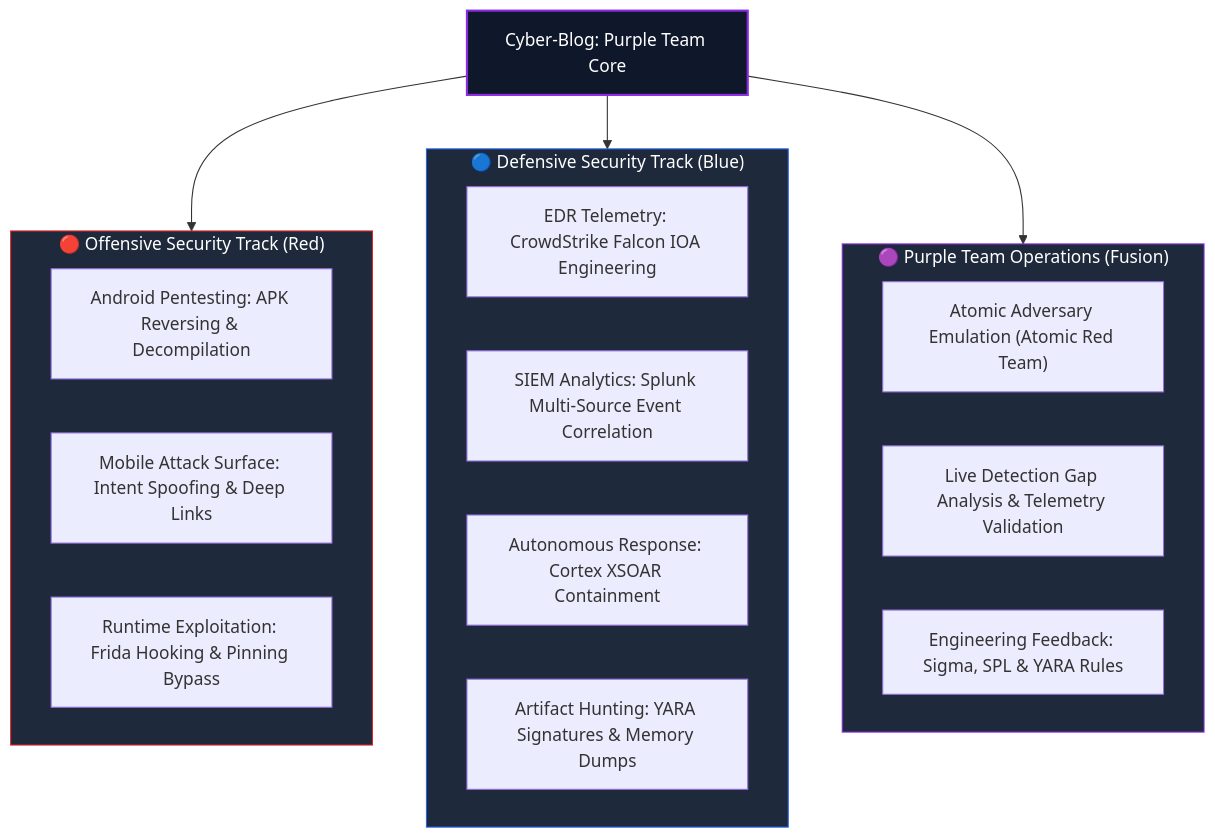
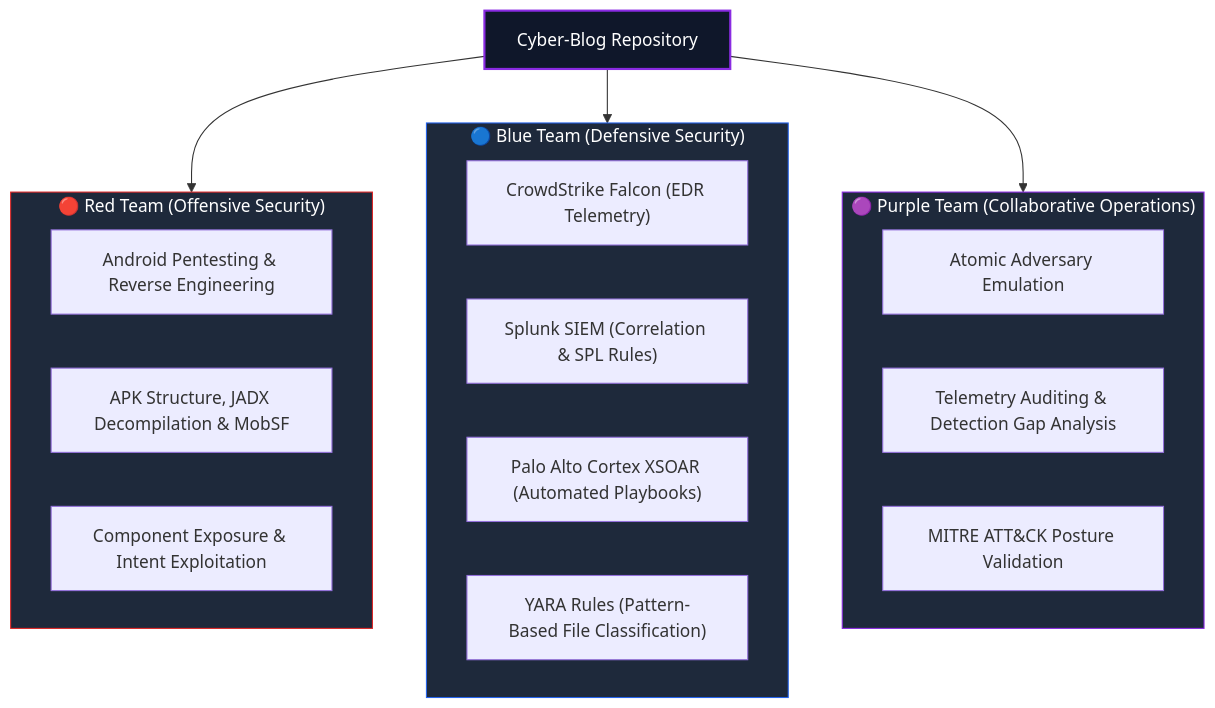
Before and after one commit to sivaoffl04/Cyber-Blog: the diagram in README.md, drawn with Mermaid. The commit also changed other lines of this file, not shown here.

Commit message:
Update README title to Cyber-Blog and format module links

````diff
--- a/README.md
+++ b/README.md
@@ -42,32 +44,32 @@
 ```mermaid
 flowchart TD
-    Nexus["Cyber-Blog: Purple Team Core"]
+    Repo["Cyber-Blog Repository"]
 
-    subgraph Offense["🔴 Offensive Security Track (Red)"]
-        O1["Android Pentesting: APK Reversing & Decompilation"]
-        O2["Mobile Attack Surface: Intent Spoofing & Deep Links"]
-        O3["Runtime Exploitation: Frida Hooking & Pinning Bypass"]
+    subgraph Offense["🔴 Red Team (Offensive Security)"]
+        O1["Android Pentesting & Reverse Engineering"]
+        O2["APK Structure, JADX Decompilation & MobSF"]
+        O3["Component Exposure & Intent Exploitation"]
     end
 
-    subgraph Defense["🔵 Defensive Security Track (Blue)"]
-        D1["EDR Telemetry: CrowdStrike Falcon IOA Engineering"]
-        D2["SIEM Analytics: Splunk Multi-Source Event Correlation"]
-        D3["Autonomous Response: Cortex XSOAR Containment"]
-        D4["Artifact Hunting: YARA Signatures & Memory Dumps"]
+    subgraph Defense["🔵 Blue Team (Defensive Security)"]
+        D1["CrowdStrike Falcon (EDR Telemetry)"]
+        D2["Splunk SIEM (Correlation & SPL Rules)"]
+        D3["Palo Alto Cortex XSOAR (Automated Playbooks)"]
+        D4["YARA Rules (Pattern-Based File Classification)"]
     end
 
-    subgraph Fusion["🟣 Purple Team Operations (Fusion)"]
-        F1["Atomic Adversary Emulation (Atomic Red Team)"]
-        F2["Live Detection Gap Analysis & Telemetry Validation"]
-        F3["Engineering Feedback: Sigma, SPL & YARA Rules"]
+    subgraph Purple["🟣 Purple Team (Collaborative Operations)"]
+        P1["Atomic Adversary Emulation"]
+        P2["Telemetry Auditing & Detection Gap Analysis"]
+        P3["MITRE ATT&CK Posture Validation"]
     end
 
-    Nexus --> Offense
-    Nexus --> Defense
-    Nexus --> Fusion
+    Repo --> Offense
+    Repo --> Defense
+    Repo --> Purple
 
-    style Nexus fill:#0f172a,stroke:#8a2be2,stroke-width:2px,color:#fff
+    style Repo fill:#0f172a,stroke:#8a2be2,stroke-width:2px,color:#fff
     style Offense fill:#1e293b,stroke:#dc2626,stroke-width:1px,color:#fff
     style Defense fill:#1e293b,stroke:#2563eb,stroke-width:1px,color:#fff
-    style Fusion fill:#1e293b,stroke:#8a2be2,stroke-width:1px,color:#fff
+    style Purple fill:#1e293b,stroke:#8a2be2,stroke-width:1px,color:#fff
 ```
````
